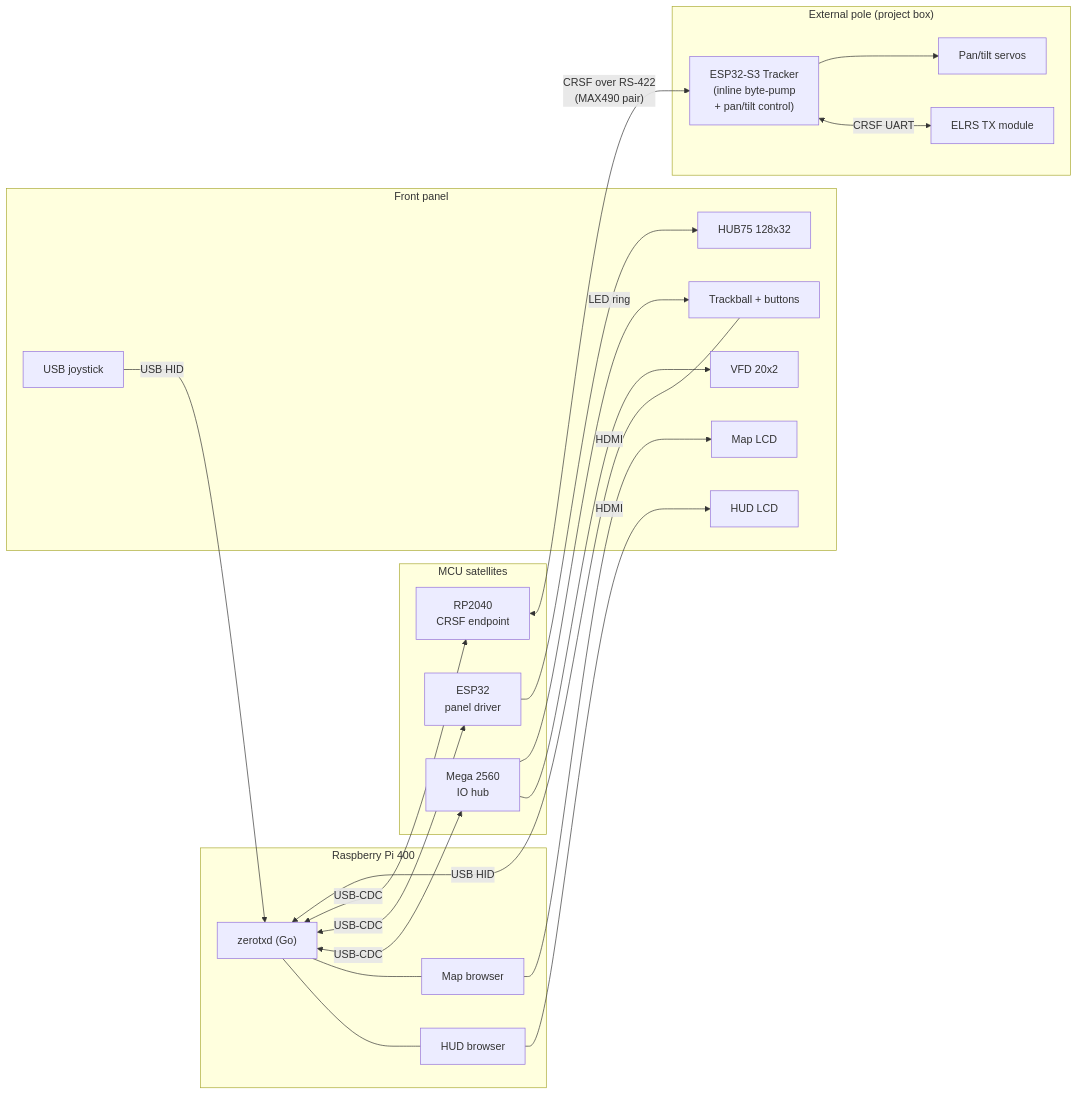
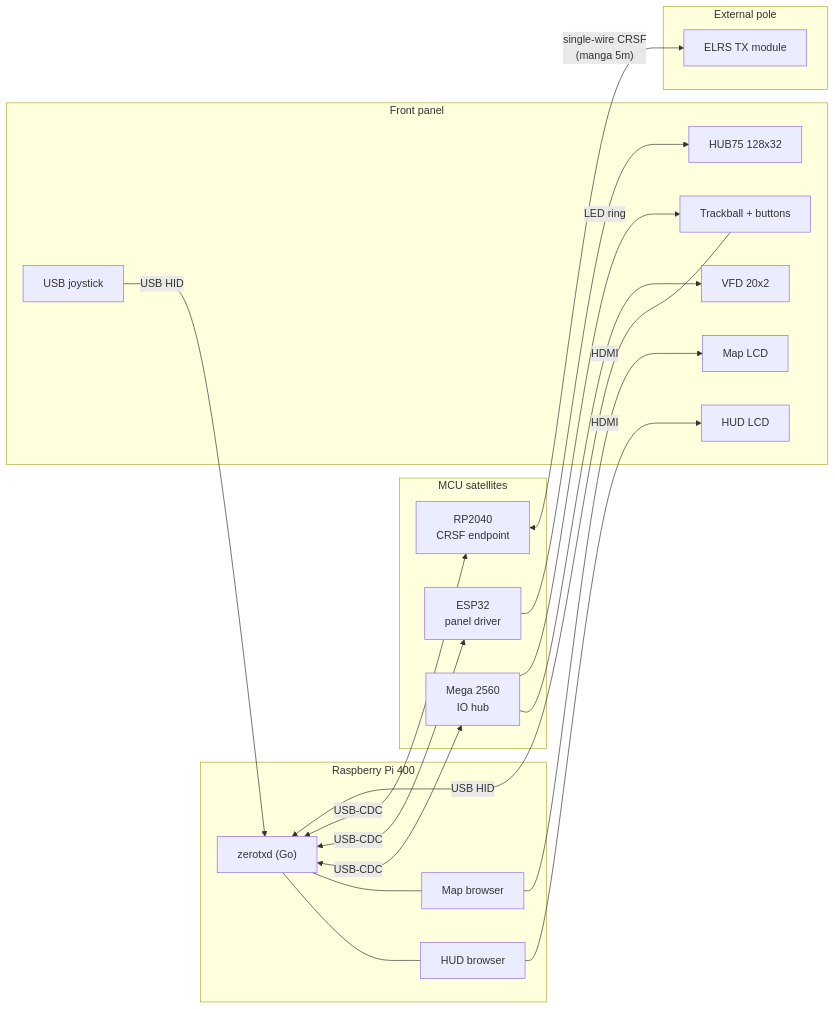
One commit to agoliveira/zerotx changed the first of 4 diagrams in docs/ARCHITECTURE.md. Above: the diagram before and after it, drawn with Mermaid. The commit also changed other lines of this file and 5 other files, not shown here.

````diff
--- a/docs/ARCHITECTURE.md
+++ b/docs/ARCHITECTURE.md
@@ -15,45 +17,41 @@
 ```mermaid
 flowchart LR
-    subgraph EXT["External pole (project box)"]
-        TRK["ESP32-S3 Tracker<br/>(inline byte-pump<br/>+ pan/tilt control)"]
+    subgraph EXT["External pole"]
         ELRS["ELRS TX module"]
-        SERVOS["Pan/tilt servos"]
     end
 
     subgraph PI["Raspberry Pi 400"]
         DAEMON["zerotxd (Go)"]
         HUDB["HUD browser"]
         MAPB["Map browser"]
     end
 
     subgraph MCU["MCU satellites"]
         MEGA["Mega 2560<br/>IO hub"]
         ESP32["ESP32<br/>panel driver"]
         RP["RP2040<br/>CRSF endpoint"]
     end
 
     subgraph FRONT["Front panel"]
         HUDL["HUD LCD"]
         MAPL["Map LCD"]
         PANEL["HUB75 128x32"]
         VFD["VFD 20x2"]
         TB["Trackball + buttons"]
         JS["USB joystick"]
     end
 
     DAEMON --- HUDB
     DAEMON --- MAPB
     HUDB -->|HDMI| HUDL
     MAPB -->|HDMI| MAPL
     DAEMON <-->|USB-CDC| MEGA
     DAEMON <-->|USB-CDC| ESP32
     DAEMON <-->|USB-CDC| RP
-    RP <-->|"CRSF over RS-422<br/>(MAX490 pair)"| TRK
-    TRK <-->|"CRSF UART"| ELRS
-    TRK --> SERVOS
+    RP <-->|"single-wire CRSF<br/>(manga 5m)"| ELRS
     MEGA --> VFD
     MEGA -->|"LED ring"| TB
     ESP32 --> PANEL
     JS -->|USB HID| DAEMON
     TB -->|USB HID| DAEMON
 ```
````
